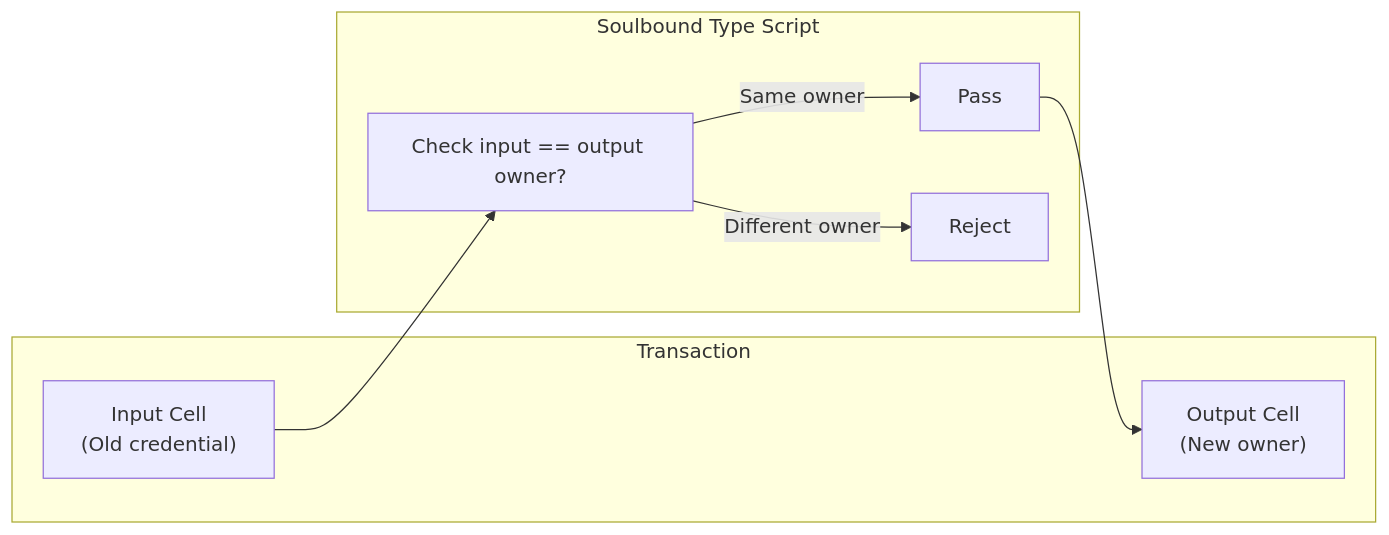
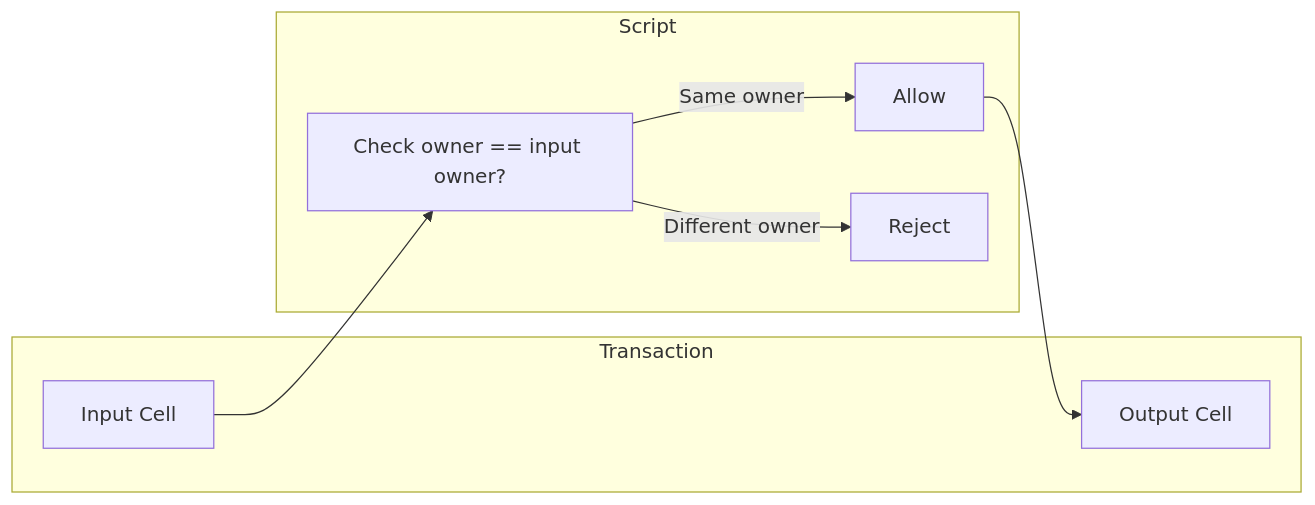
The tenth of 12 diagrams in Design_spec/Implementation_Architecture.md (hiepthach/CertifyCKB), drawn with Mermaid before and after one commit. The commit also changed other lines of this file and 2 other files, not shown here.

First line of the commit message:
refactor: Update project schedule and deliverables for CKB Credential Registry

````diff
--- a/Design_spec/Implementation_Architecture.md
+++ b/Design_spec/Implementation_Architecture.md
@@ -647,18 +540,18 @@
 ```mermaid
 graph LR
     subgraph Transaction
-        INPUT["Input Cell<br/>(Old credential)"]
-        OUTPUT["Output Cell<br/>(New owner)"]
+        INPUT["Input Cell"]
+        OUTPUT["Output Cell"]
     end
 
-    subgraph Script["Soulbound Type Script"]
-        CHECK["Check input == output owner?"]
-        PASS["Pass"]
-        FAIL["Reject"]
+    subgraph Script
+        CHECK["Check owner == input owner?"]
+        PASS["Allow"]
+        REJECT["Reject"]
     end
 
     INPUT --> CHECK
     CHECK -->|Same owner| PASS
-    CHECK -->|Different owner| FAIL
+    CHECK -->|Different owner| REJECT
     PASS --> OUTPUT
 ```
````
